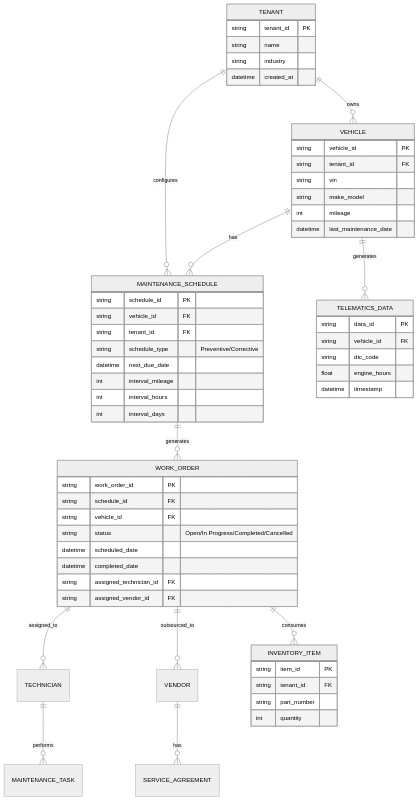
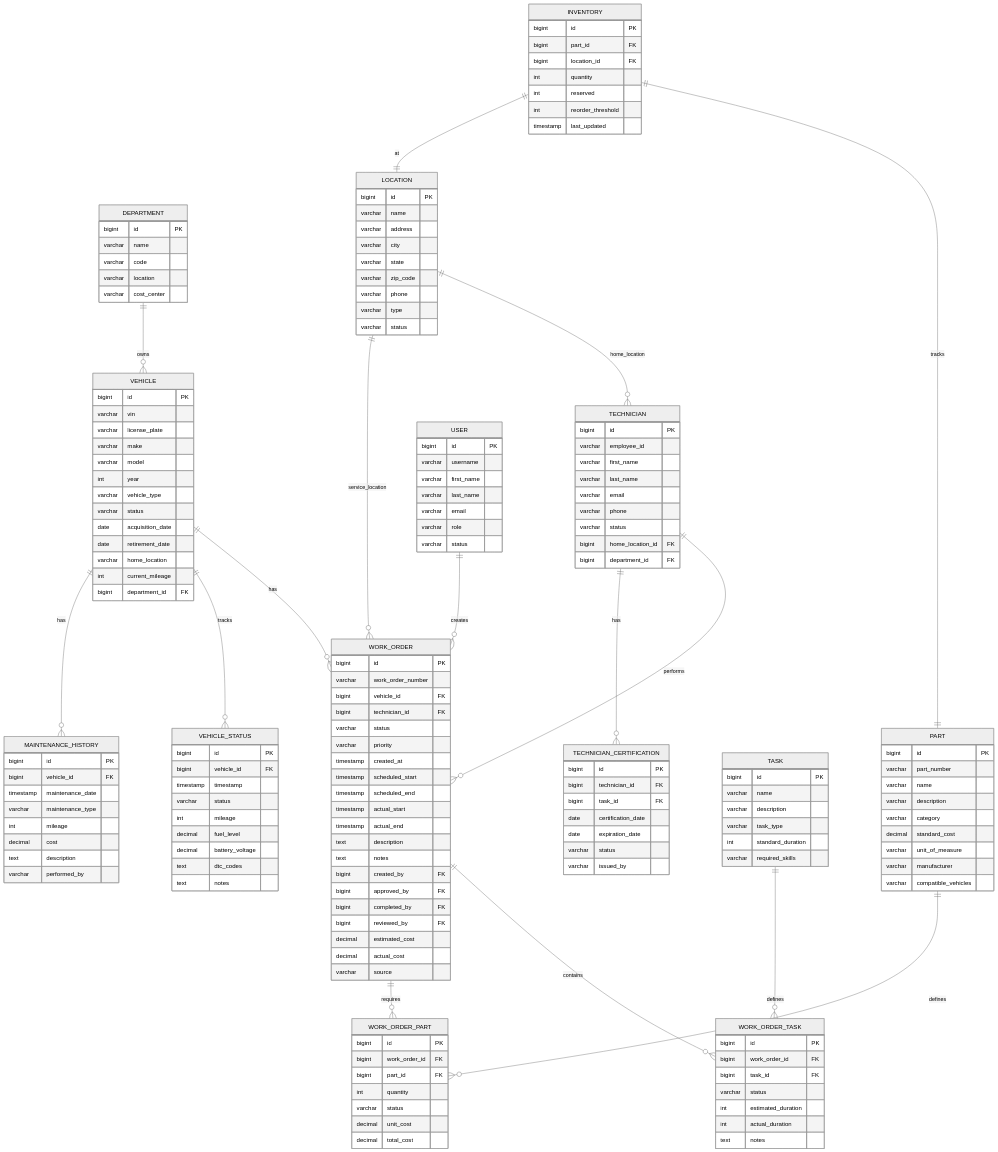
The fifth of 6 diagrams in enhancements/maintenance-scheduling/AS_IS_ANALYSIS.md (asmortongpt/Fleet-AzureDevOps), drawn with Mermaid (neutral theme) before and after one commit. The commit also changed other lines of this file and 58 other files, not shown here.

````diff
--- a/enhancements/maintenance-scheduling/AS_IS_ANALYSIS.md
+++ b/enhancements/maintenance-scheduling/AS_IS_ANALYSIS.md
@@ -90,66 +1621,182 @@
 ```mermaid
 erDiagram
-    TENANT ||--o{ VEHICLE : "owns"
-    TENANT ||--o{ MAINTENANCE_SCHEDULE : "configures"
-    VEHICLE ||--o{ MAINTENANCE_SCHEDULE : "has"
-    VEHICLE ||--o{ TELEMATICS_DATA : "generates"
-    MAINTENANCE_SCHEDULE ||--o{ WORK_ORDER : "generates"
-    WORK_ORDER ||--o{ TECHNICIAN : "assigned_to"
-    WORK_ORDER ||--o{ VENDOR : "outsourced_to"
-    WORK_ORDER ||--o{ INVENTORY_ITEM : "consumes"
-    TECHNICIAN ||--o{ MAINTENANCE_TASK : "performs"
-    VENDOR ||--o{ SERVICE_AGREEMENT : "has"
-
-    TENANT {
-        string tenant_id PK
-        string name
-        string industry
-        datetime created_at
+    VEHICLE ||--o{ WORK_ORDER : has
+    VEHICLE ||--o{ VEHICLE_STATUS : tracks
+    VEHICLE ||--o{ MAINTENANCE_HISTORY : has
+    VEHICLE {
+        bigint id PK
+        varchar vin
+        varchar license_plate
+        varchar make
+        varchar model
+        int year
+        varchar vehicle_type
+        varchar status
+        date acquisition_date
+        date retirement_date
+        varchar home_location
+        int current_mileage
+        bigint department_id FK
     }
 
-    VEHICLE {
-        string vehicle_id PK
-        string tenant_id FK
-        string vin
-        string make_model
-        int mileage
-        datetime last_maintenance_date
+    DEPARTMENT ||--o{ VEHICLE : owns
+    DEPARTMENT {
+        bigint id PK
+        varchar name
+        varchar code
+        varchar location
+        varchar cost_center
     }
 
-    MAINTENANCE_SCHEDULE {
-        string schedule_id PK
-        string vehicle_id FK
-        string tenant_id FK
-        string schedule_type "Preventive/Corrective"
-        datetime next_due_date
-        int interval_mileage
-        int interval_hours
-        int interval_days
+    TECHNICIAN ||--o{ WORK_ORDER : performs
+    TECHNICIAN ||--o{ TECHNICIAN_CERTIFICATION : has
+    TECHNICIAN {
+        bigint id PK
+        varchar employee_id
+        varchar first_name
+        varchar last_name
+        varchar email
+        varchar phone
+        varchar status
+        bigint home_location_id FK
+        bigint department_id FK
     }
 
-    WORK_ORDER {
-        string work_order_id PK
-        string schedule_id FK
-        string vehicle_id FK
-        string status "Open/In Progress/Completed/Cancelled"
-        datetime scheduled_date
-        datetime completed_date
-        string assigned_technician_id FK
-        string assigned_vendor_id FK
+    LOCATION ||--o{ TECHNICIAN : home_location
+    LOCATION ||--o{ WORK_ORDER : service_location
+    LOCATION {
+        bigint id PK
+        varchar name
+        varchar address
+        varchar city
+        varchar state
+        varchar zip_code
+        varchar phone
+        varchar type
+        varchar status
     }
 
-    TELEMATICS_DATA {
-        string data_id PK
-        string vehicle_id FK
-        string dtc_code
-        float engine_hours
-        datetime timestamp
+    WORK_ORDER ||--o{ WORK_ORDER_TASK : contains
+    WORK_ORDER ||--o{ WORK_ORDER_PART : requires
+    WORK_ORDER {
+        bigint id PK
+        varchar work_order_number
+        bigint vehicle_id FK
+        bigint technician_id FK
+        varchar status
+        varchar priority
+        timestamp created_at
+        timestamp scheduled_start
+        timestamp scheduled_end
+        timestamp actual_start
+        timestamp actual_end
+        text description
+        text notes
+        bigint created_by FK
+        bigint approved_by FK
+        bigint completed_by FK
+        bigint reviewed_by FK
+        decimal estimated_cost
+        decimal actual_cost
+        varchar source
     }
 
-    INVENTORY_ITEM {
-        string item_id PK
-        string tenant_id FK
-        string part_number
+    WORK_ORDER_TASK {
+        bigint id PK
+        bigint work_order_id FK
+        bigint task_id FK
+        varchar status
+        int estimated_duration
+        int actual_duration
+        text notes
+    }
+
+    TASK ||--o{ WORK_ORDER_TASK : defines
+    TASK {
+        bigint id PK
+        varchar name
+        varchar description
+        varchar task_type
+        int standard_duration
+        varchar required_skills
+    }
+
+    WORK_ORDER_PART {
+        bigint id PK
+        bigint work_order_id FK
+        bigint part_id FK
         int quantity
+        varchar status
+        decimal unit_cost
+        decimal total_cost
+    }
+
+    PART ||--o{ WORK_ORDER_PART : defines
+    PART {
+        bigint id PK
+        varchar part_number
+        varchar name
+        varchar description
+        varchar category
+        decimal standard_cost
+        varchar unit_of_measure
+        varchar manufacturer
+        varchar compatible_vehicles
+    }
+
+    INVENTORY ||--|| PART : tracks
+    INVENTORY ||--|| LOCATION : at
+    INVENTORY {
+        bigint id PK
+        bigint part_id FK
+        bigint location_id FK
+        int quantity
+        int reserved
+        int reorder_threshold
+        timestamp last_updated
+    }
+
+    VEHICLE_STATUS {
+        bigint id PK
+        bigint vehicle_id FK
+        timestamp timestamp
+        varchar status
+        int mileage
+        decimal fuel_level
+        decimal battery_voltage
+        text dtc_codes
+        text notes
+    }
+
+    MAINTENANCE_HISTORY {
+        bigint id PK
+        bigint vehicle_id FK
+        timestamp maintenance_date
+        varchar maintenance_type
+        int mileage
+        decimal cost
+        text description
+        varchar performed_by
+    }
+
+    TECHNICIAN_CERTIFICATION {
+        bigint id PK
+        bigint technician_id FK
+        bigint task_id FK
+        date certification_date
+        date expiration_date
+        varchar status
+        varchar issued_by
+    }
+
+    USER ||--o{ WORK_ORDER : creates
+    USER {
+        bigint id PK
+        varchar username
+        varchar first_name
+        varchar last_name
+        varchar email
+        varchar role
+        varchar status
     }
 ```
````
